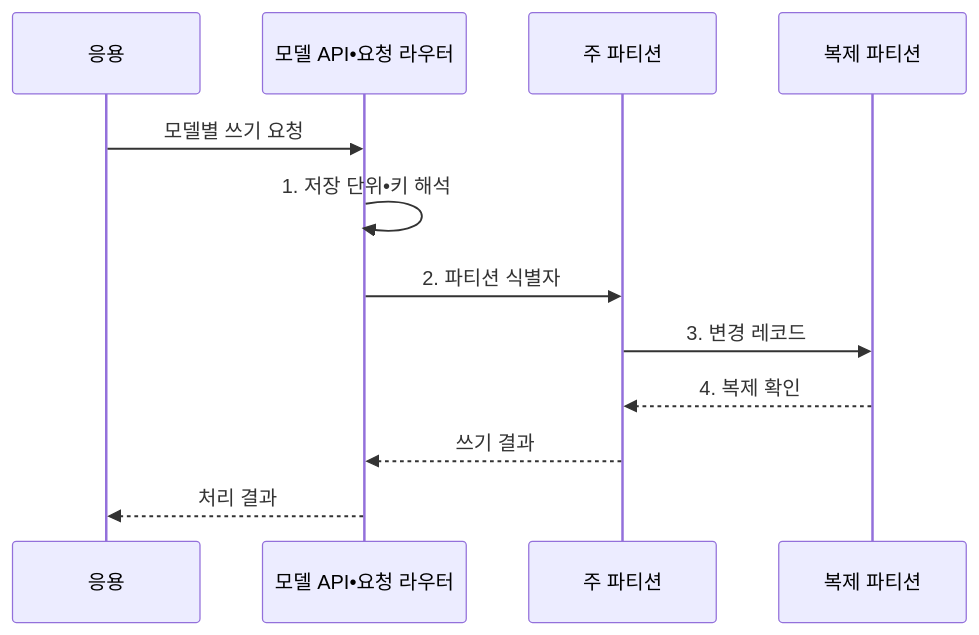
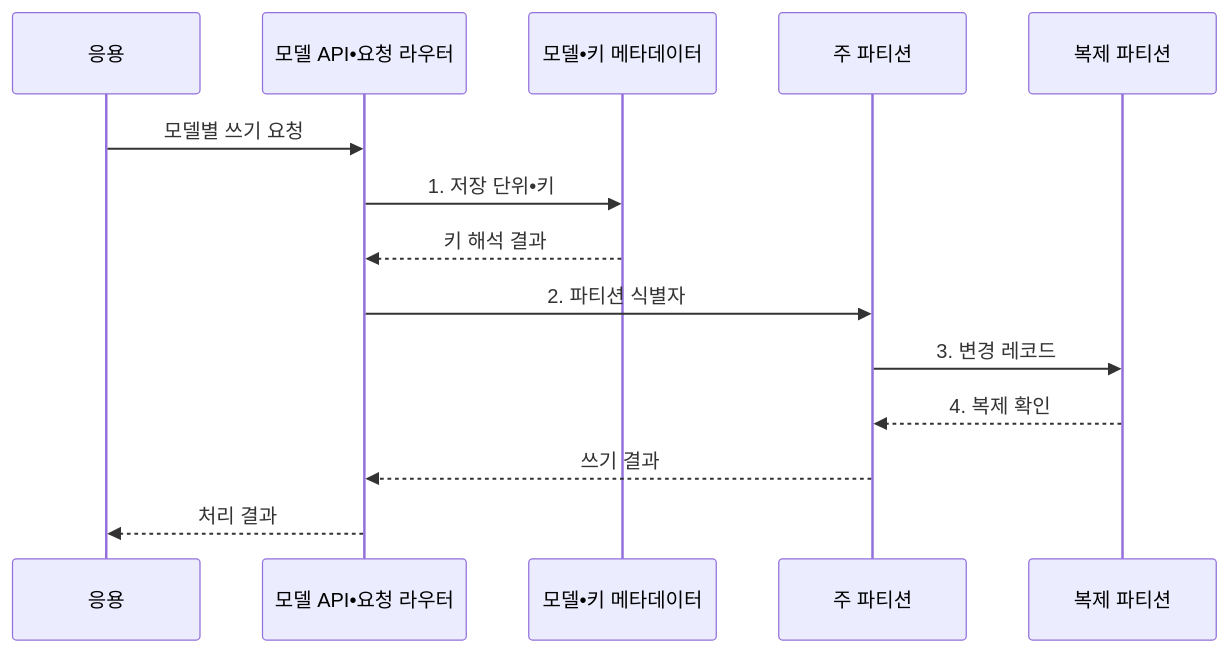
The second of 2 diagrams in src/content/docs/notes/03-software/102_nosql_types.md (agnusdei1207/knowledge-base), drawn with Mermaid before and after one commit. The commit also changed other lines of this file and 13 other files, not shown here.

````diff
--- a/src/content/docs/notes/03-software/102_nosql_types.md
+++ b/src/content/docs/notes/03-software/102_nosql_types.md
@@ -113,14 +113,16 @@
 ```mermaid
 sequenceDiagram
     participant A as 응용
     participant D as 모델 API•요청 라우터
+    participant K as 모델•키 메타데이터
     participant P as 주 파티션
     participant S as 복제 파티션
     A->>D: 모델별 쓰기 요청
-    D->>D: 1. 저장 단위•키 해석
+    D->>K: 1. 저장 단위•키
+    K-->>D: 키 해석 결과
     D->>P: 2. 파티션 식별자
     P->>S: 3. 변경 레코드
     S-->>P: 4. 복제 확인
     P-->>D: 쓰기 결과
     D-->>A: 처리 결과
 ```
````
